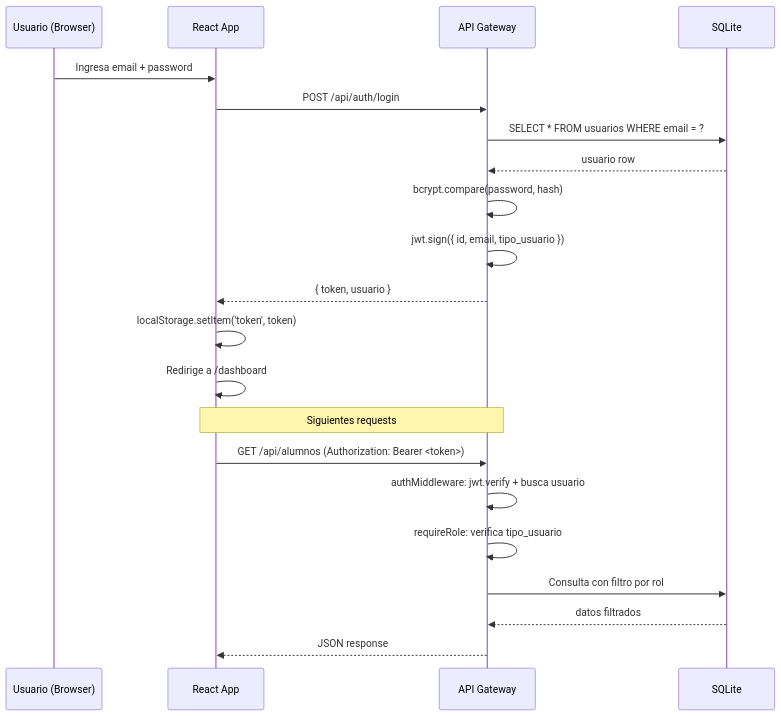
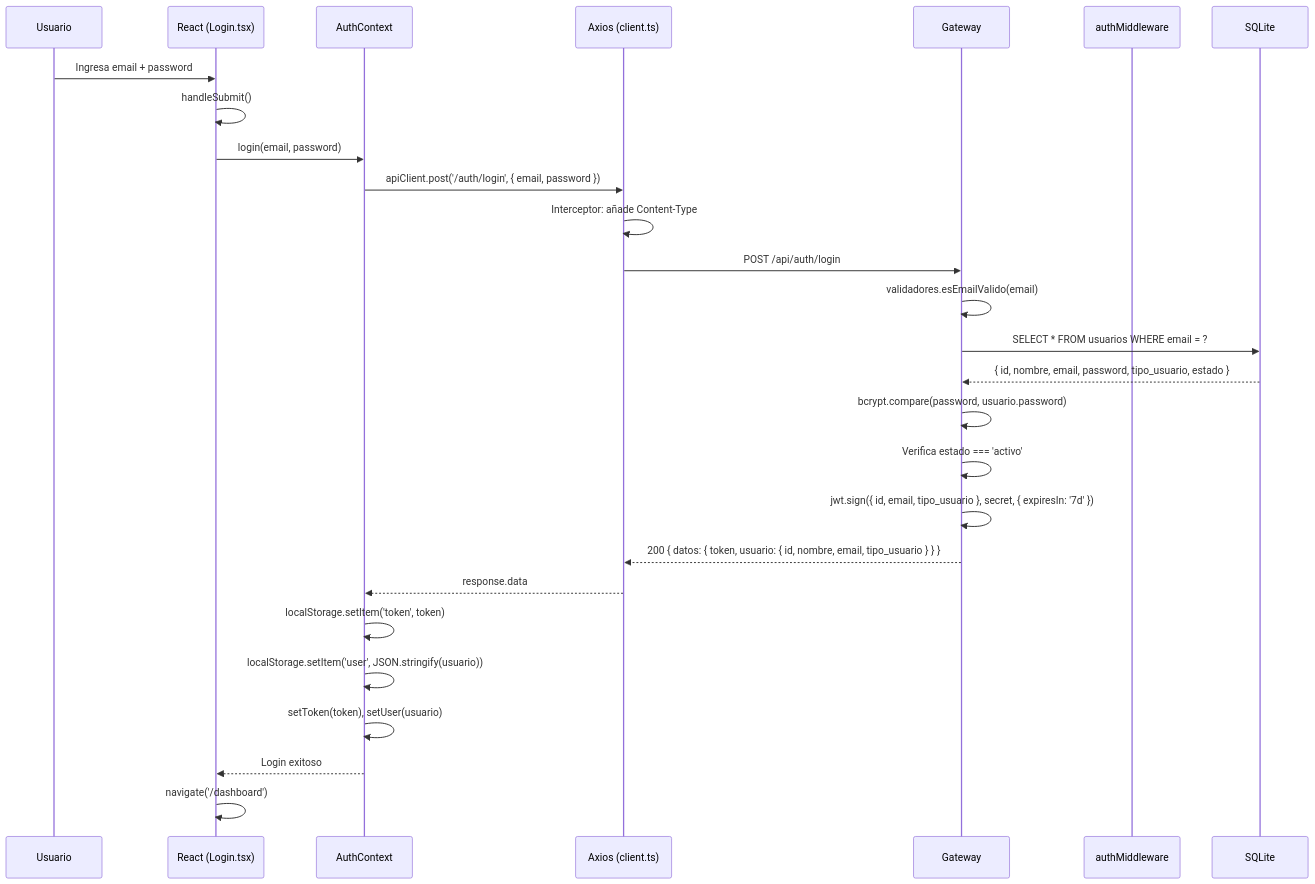
One commit to EdwardAR/SOA changed the third of 8 diagrams in README.md. Above: the diagram before and after it, drawn with Mermaid. The commit also changed other lines of this file, not shown here.

````diff
--- a/README.md
+++ b/README.md
@@ -118,25 +336,30 @@
 ```mermaid
 sequenceDiagram
-    participant U as Usuario (Browser)
-    participant F as React App
-    participant G as API Gateway
+    participant U as Usuario
+    participant F as React (Login.tsx)
+    participant A as AuthContext
+    participant C as Axios (client.ts)
+    participant G as Gateway
+    participant M as authMiddleware
     participant DB as SQLite
 
     U->>F: Ingresa email + password
-    F->>G: POST /api/auth/login
+    F->>F: handleSubmit()
+    F->>A: login(email, password)
+    A->>C: apiClient.post('/auth/login', { email, password })
+    C->>C: Interceptor: añade Content-Type
+    C->>G: POST /api/auth/login
+    G->>G: validadores.esEmailValido(email)
     G->>DB: SELECT * FROM usuarios WHERE email = ?
-    DB-->>G: usuario row
-    G->>G: bcrypt.compare(password, hash)
-    G->>G: jwt.sign({ id, email, tipo_usuario })
-    G-->>F: { token, usuario }
-    F->>F: localStorage.setItem('token', token)
-    F->>F: Redirige a /dashboard
-
-    Note over F,G: Siguientes requests
-    F->>G: GET /api/alumnos (Authorization: Bearer <token>)
-    G->>G: authMiddleware: jwt.verify + busca usuario
-    G->>G: requireRole: verifica tipo_usuario
-    G->>DB: Consulta con filtro por rol
-    DB-->>G: datos filtrados
-    G-->>F: JSON response
+    DB-->>G: { id, nombre, email, password, tipo_usuario, estado }
+    G->>G: bcrypt.compare(password, usuario.password)
+    G->>G: Verifica estado === 'activo'
+    G->>G: jwt.sign({ id, email, tipo_usuario }, secret, { expiresIn: '7d' })
+    G-->>C: 200 { datos: { token, usuario: { id, nombre, email, tipo_usuario } } }
+    C-->>A: response.data
+    A->>A: localStorage.setItem('token', token)
+    A->>A: localStorage.setItem('user', JSON.stringify(usuario))
+    A->>A: setToken(token), setUser(usuario)
+    A-->>F: Login exitoso
+    F->>F: navigate('/dashboard')
 ```
````
